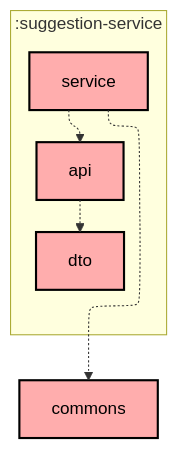
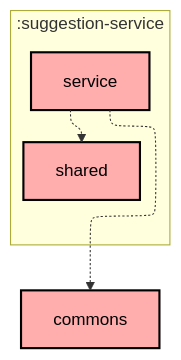
Before and after one commit to Norby99/munchies: the diagram in suggestion-service/service/README.md, drawn with Mermaid. The commit also changed 38 other files, not shown here.

````diff
--- a/suggestion-service/service/README.md
+++ b/suggestion-service/service/README.md
@@ -6,22 +6,20 @@
 ```mermaid
 ---
 config:
   layout: elk
   elk:
     nodePlacementStrategy: SIMPLE
 ---
 graph TB
   subgraph :suggestion-service
     direction TB
-    :suggestion-service:api[api]:::unknown
-    :suggestion-service:dto[dto]:::unknown
     :suggestion-service:service[service]:::unknown
+    :suggestion-service:shared[shared]:::unknown
   end
   :commons[commons]:::unknown
 
-  :suggestion-service:api -.-> :suggestion-service:dto
   :suggestion-service:service -.-> :commons
-  :suggestion-service:service -.-> :suggestion-service:api
+  :suggestion-service:service -.-> :suggestion-service:shared
 
 classDef unknown fill:#FFADAD,stroke:#000,stroke-width:2px,color:#000;
 ```
````
